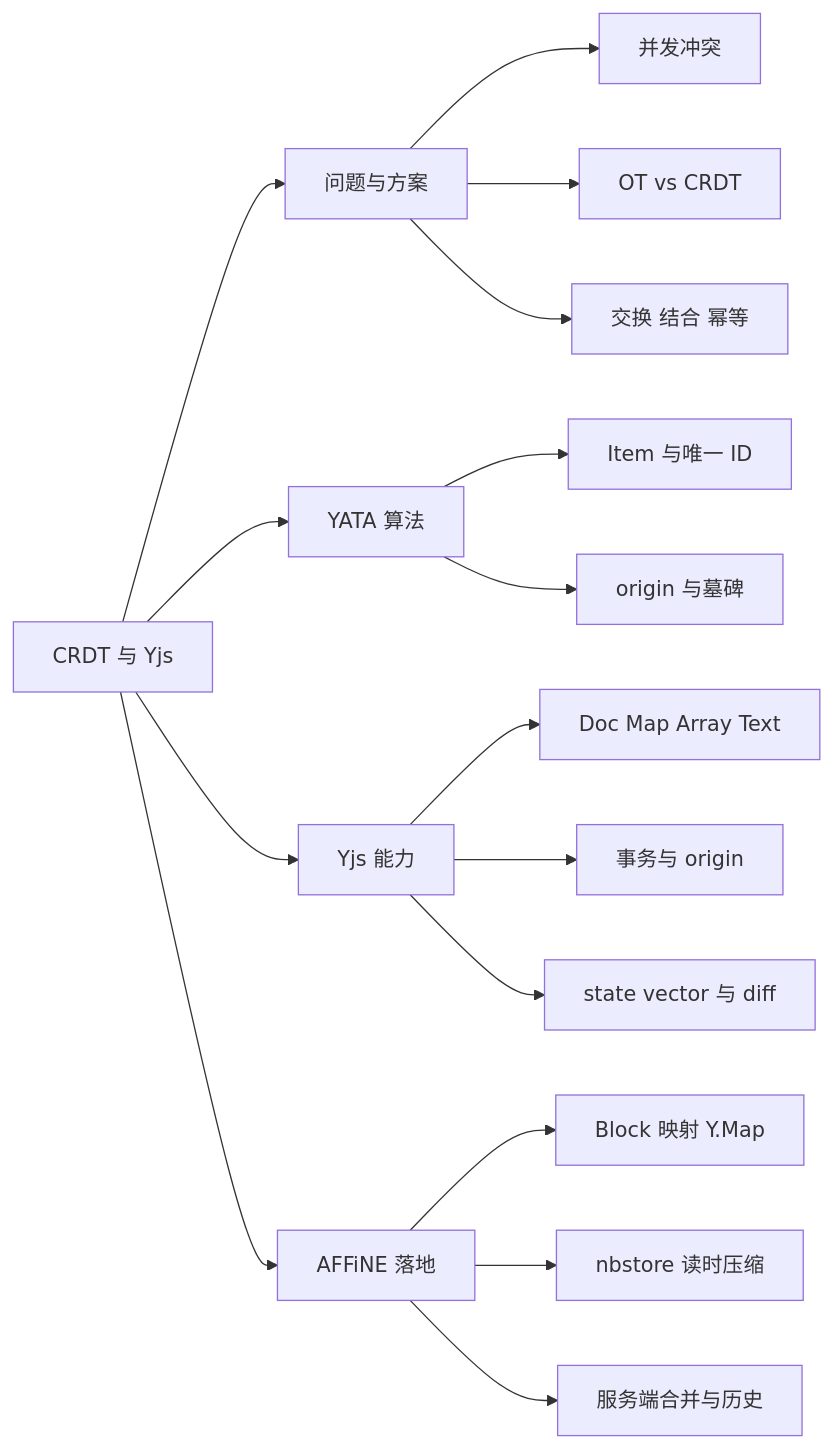
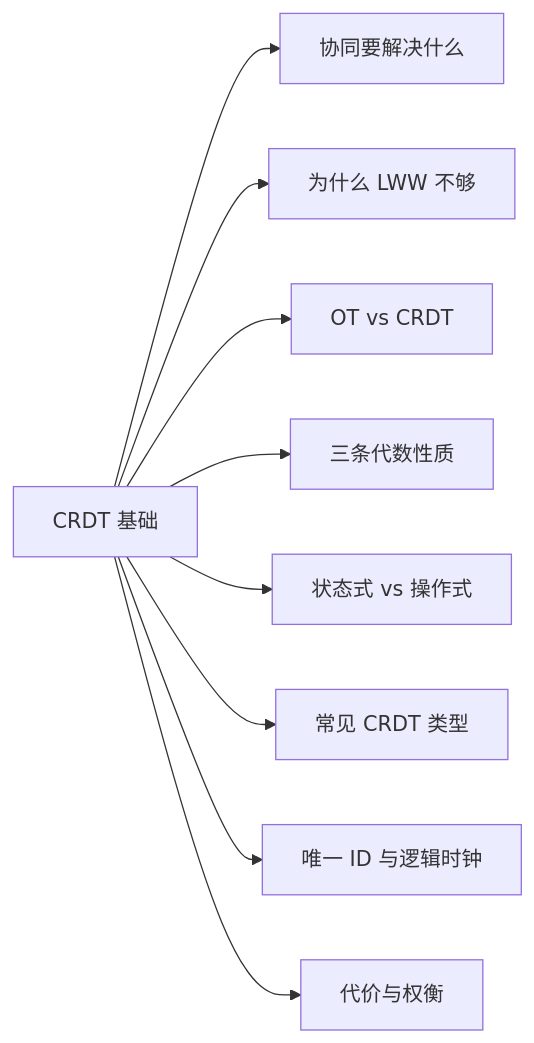
The first of 5 diagrams in learning-guide/slides/decks/08.md (lfire/AFFiNE), drawn with Mermaid before and after one commit. The commit also changed other lines of this file and 73 other files, not shown here.

````diff
--- a/learning-guide/slides/decks/08.md
+++ b/learning-guide/slides/decks/08.md
@@ -33,18 +27,11 @@
 ```mermaid
 flowchart LR
-  ROOT["CRDT 与 Yjs"] --> P["问题与方案"]
-  ROOT --> Y["YATA 算法"]
-  ROOT --> API["Yjs 能力"]
-  ROOT --> AF["AFFiNE 落地"]
-  P --> P1["并发冲突"]
-  P --> P2["OT vs CRDT"]
-  P --> P3["交换 结合 幂等"]
-  Y --> Y1["Item 与唯一 ID"]
-  Y --> Y2["origin 与墓碑"]
-  API --> API1["Doc Map Array Text"]
-  API --> API2["事务与 origin"]
-  API --> API3["state vector 与 diff"]
-  AF --> AF1["Block 映射 Y.Map"]
-  AF --> AF2["nbstore 读时压缩"]
-  AF --> AF3["服务端合并与历史"]
+  A["CRDT 基础"] --> B["协同要解决什么"]
+  A --> C["为什么 LWW 不够"]
+  A --> D["OT vs CRDT"]
+  A --> E["三条代数性质"]
+  A --> F["状态式 vs 操作式"]
+  A --> G["常见 CRDT 类型"]
+  A --> H["唯一 ID 与逻辑时钟"]
+  A --> I["代价与权衡"]
 ```
````
